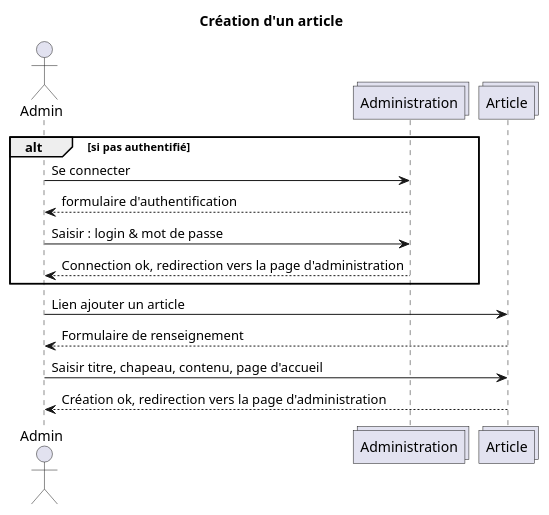
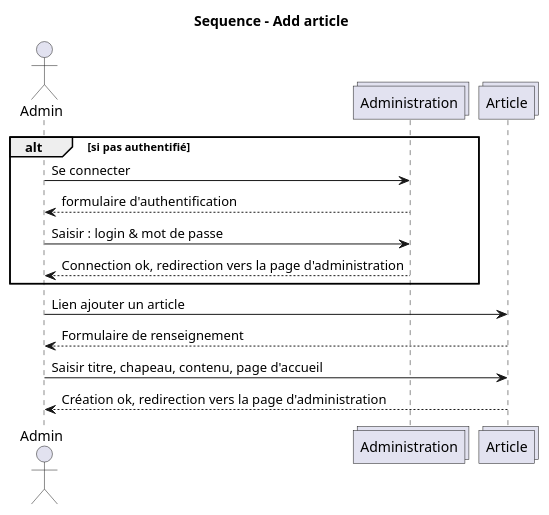
The diagram in diagrammes/src/UML.sequence-addAarticle.plantuml (sjaulin/blog), drawn with PlantUML before and after one commit. The commit also changed 14 other files, not shown here.

Commit message:
Update UML diagrams

```diff
--- a/diagrammes/src/UML.sequence-addAarticle.plantuml
+++ b/diagrammes/src/UML.sequence-addAarticle.plantuml
@@ -1,16 +1,16 @@
 @startuml
-title Création d'un article
+title Sequence - Add article
 actor Admin
 collections Administration
 collections Article 
 alt si pas authentifié
 Admin -> Administration : Se connecter
 Administration --> Admin : formulaire d'authentification
 Admin -> Administration : Saisir : login & mot de passe
 Administration --> Admin : Connection ok, redirection vers la page d'administration
 end
 Admin -> Article : Lien ajouter un article
 Article --> Admin : Formulaire de renseignement
 Admin -> Article : Saisir titre, chapeau, contenu, page d'accueil 
 Article --> Admin : Création ok, redirection vers la page d'administration
 @enduml
```
